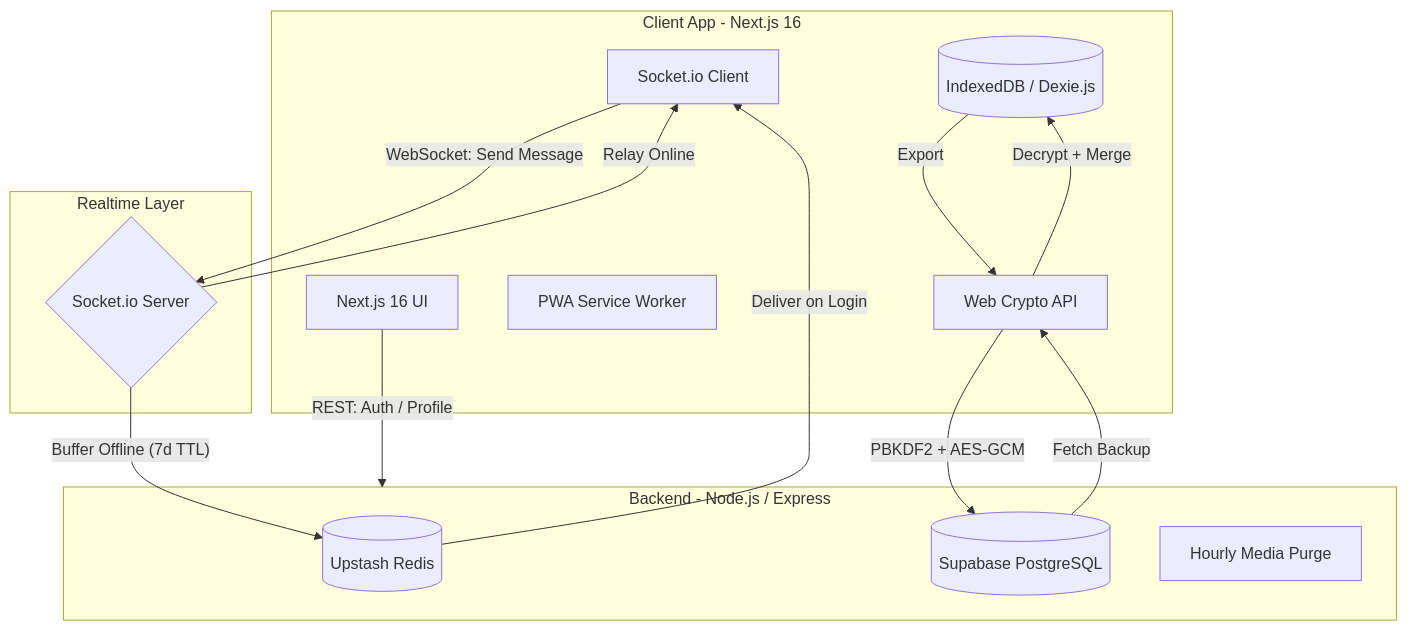
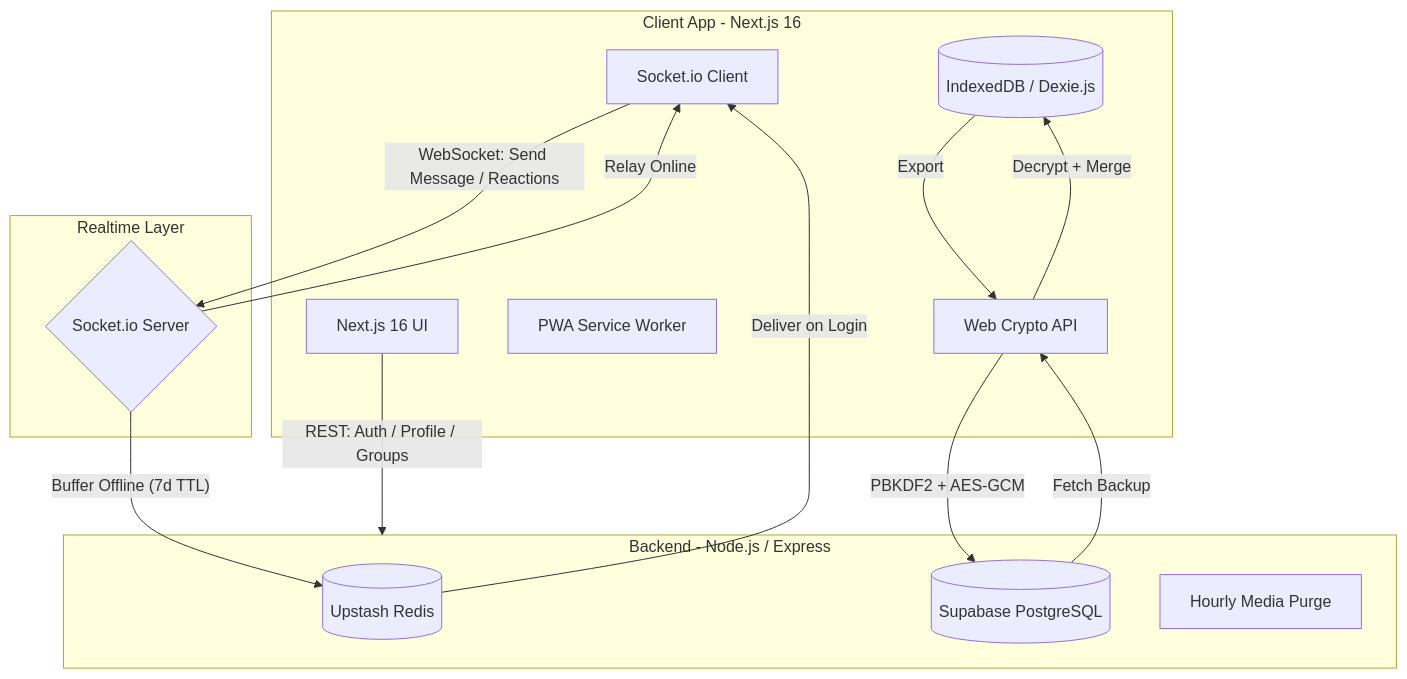
One commit to ShortEditor/Chapp changed the diagram in README.md. Above: the diagram before and after it, drawn with Mermaid. The commit also changed other lines of this file and 5 other files, not shown here.

````diff
--- a/README.md
+++ b/README.md
@@ -9,30 +9,30 @@
 ```mermaid
 flowchart TD
     subgraph Client [Client App - Next.js 16]
         A[(IndexedDB / Dexie.js)]
         B[Web Crypto API]
         C[PWA Service Worker]
         D[Socket.io Client]
         M[Next.js 16 UI]
     end
 
     subgraph Relay [Realtime Layer]
         E{Socket.io Server}
     end
 
     subgraph Server [Backend - Node.js / Express]
         F[(Upstash Redis)]
         G[(Supabase PostgreSQL)]
         H[Hourly Media Purge]
     end
 
-    M -- REST: Auth / Profile --> Server
-    D -- WebSocket: Send Message --> E
+    M -- REST: Auth / Profile / Groups --> Server
+    D -- WebSocket: Send Message / Reactions --> E
     E -- Relay Online --> D
     E -- Buffer Offline (7d TTL) --> F
     F -- Deliver on Login --> D
     A -- Export --> B
     B -- PBKDF2 + AES-GCM --> G
     G -- Fetch Backup --> B
     B -- Decrypt + Merge --> A
 ```
````
